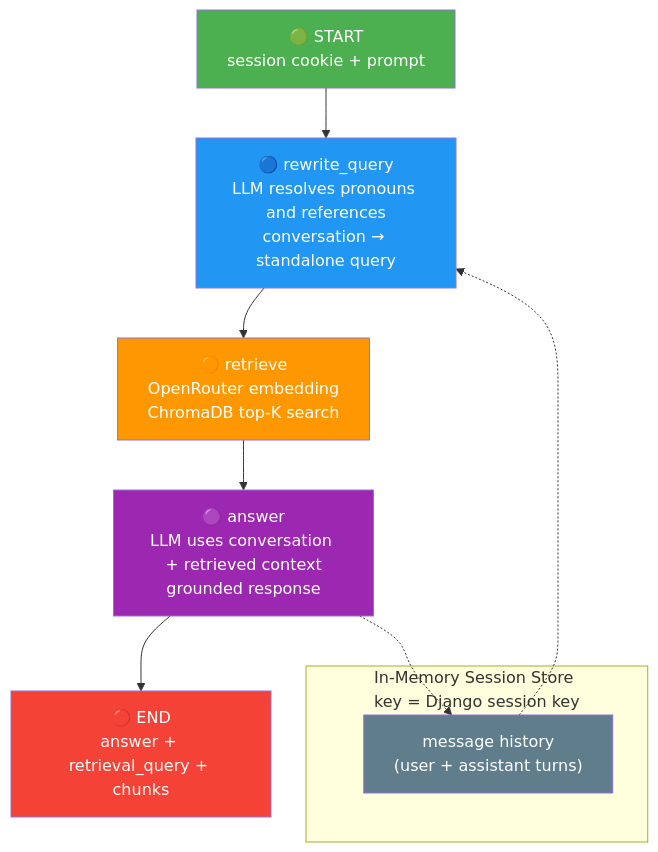
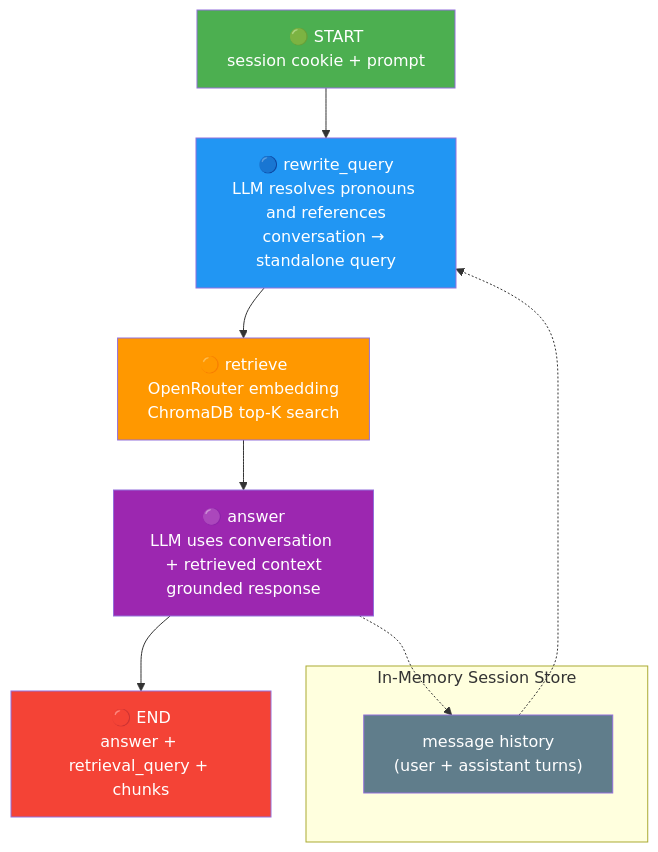
Before and after one commit to dooa-ansari/personal-knowledge-graph-LLM: the second of 2 diagrams in README.md, drawn with Mermaid. The commit also changed other lines of this file and 61 other files, not shown here.

````diff
--- a/README.md
+++ b/README.md
@@ -239,21 +199,21 @@
 ```mermaid
 flowchart TD
     Start["🟢 START<br/>session cookie + prompt"] --> Rewrite["🔵 rewrite_query<br/>LLM resolves pronouns and references<br/>conversation → standalone query"]
     Rewrite --> Retrieve["🟠 retrieve<br/>OpenRouter embedding<br/>ChromaDB top-K search"]
     Retrieve --> Answer["🟣 answer<br/>LLM uses conversation + retrieved context<br/>grounded response"]
     Answer --> End["🔴 END<br/>answer + retrieval_query + chunks"]
 
-    subgraph Memory["In-Memory Session Store<br/>key = Django session key"]
+    subgraph Memory["In-Memory Session Store"]
         State["message history<br/>(user + assistant turns)"]
     end
 
     State -.-> Rewrite
     Answer -.-> State
 
     style Start fill:#4CAF50,color:#fff
     style Rewrite fill:#2196F3,color:#fff
     style Retrieve fill:#FF9800,color:#fff
     style Answer fill:#9C27B0,color:#fff
     style End fill:#F44336,color:#fff
     style State fill:#607D8B,color:#fff
 ```
````
